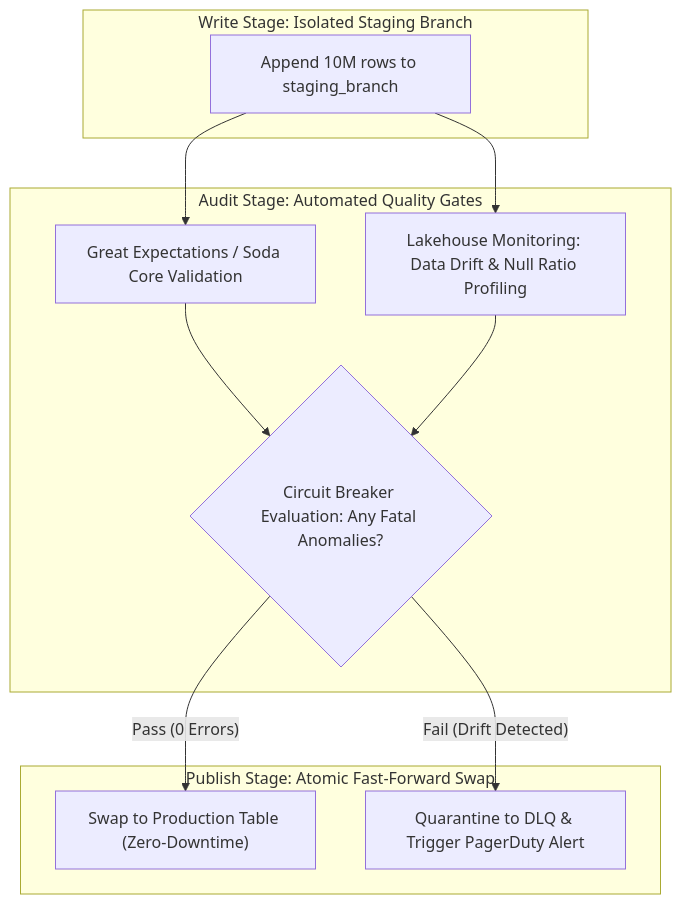
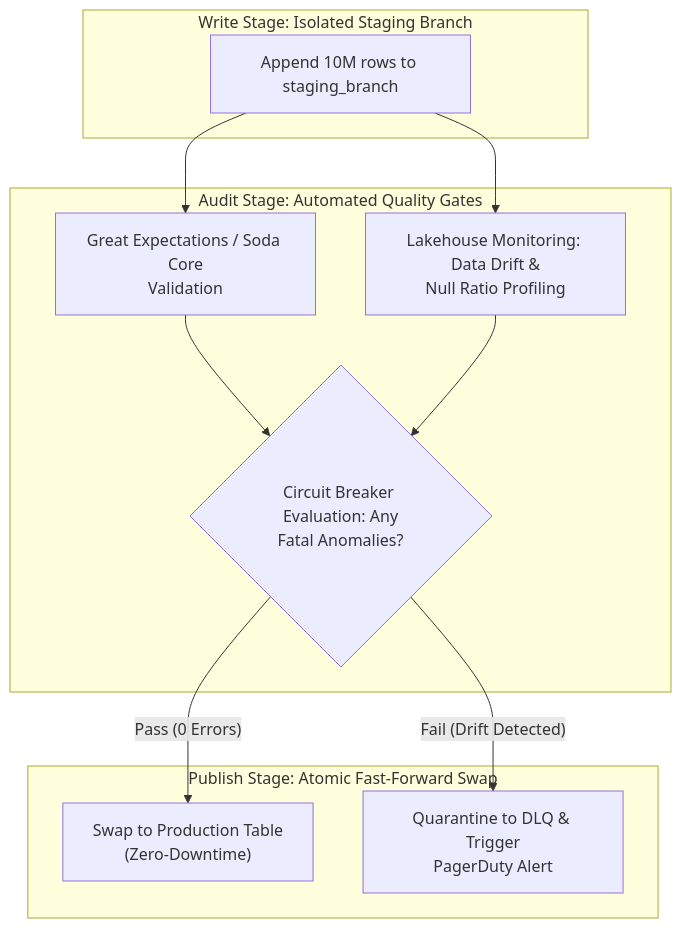
Before and after one commit to santoshjammi29/dataops-cicd-handbook: the second of 2 diagrams in architectures/03_automated_data_quality_gates_and_wap.md, drawn with Mermaid. The commit also changed other lines of this file and 11 other files, not shown here.

Commit message:
fix(diagrams): word-wrap labels and escape comparison operators across all diagrams

````diff
--- a/architectures/03_automated_data_quality_gates_and_wap.md
+++ b/architectures/03_automated_data_quality_gates_and_wap.md
@@ -91,21 +91,21 @@
 ```mermaid
 flowchart TD
     subgraph Write["Write Stage: Isolated Staging Branch"]
         Ingest["Append 10M rows to staging_branch"]
     end
 
     subgraph Audit["Audit Stage: Automated Quality Gates"]
-        GX["Great Expectations / Soda Core Validation"]
-        LHMon["Lakehouse Monitoring: Data Drift & Null Ratio Profiling"]
-        Breaker{"Circuit Breaker Evaluation: Any Fatal Anomalies?"}
+        GX["Great Expectations / Soda Core<br/>Validation"]
+        LHMon["Lakehouse Monitoring: Data Drift &<br/>Null Ratio Profiling"]
+        Breaker{"Circuit Breaker Evaluation: Any<br/>Fatal Anomalies?"}
     end
 
     subgraph Publish["Publish Stage: Atomic Fast-Forward Swap"]
-        LiveProd["Swap to Production Table (Zero-Downtime)"]
-        DLQ["Quarantine to DLQ & Trigger PagerDuty Alert"]
+        LiveProd["Swap to Production Table<br/>(Zero-Downtime)"]
+        DLQ["Quarantine to DLQ & Trigger<br/>PagerDuty Alert"]
     end
 
     Ingest --> GX & LHMon --> Breaker
     Breaker -- "Pass (0 Errors)" --> LiveProd
     Breaker -- "Fail (Drift Detected)" --> DLQ
 ```
````
